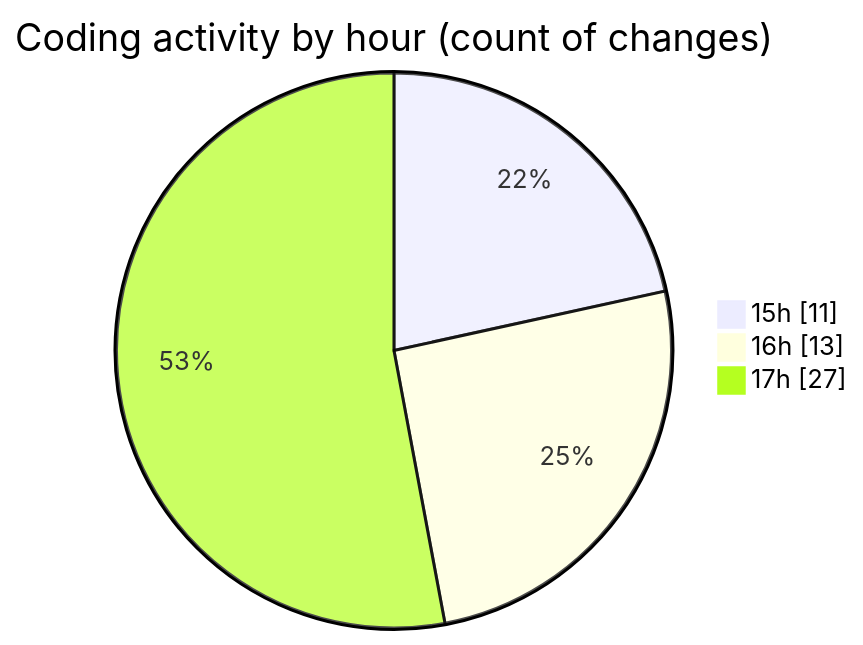
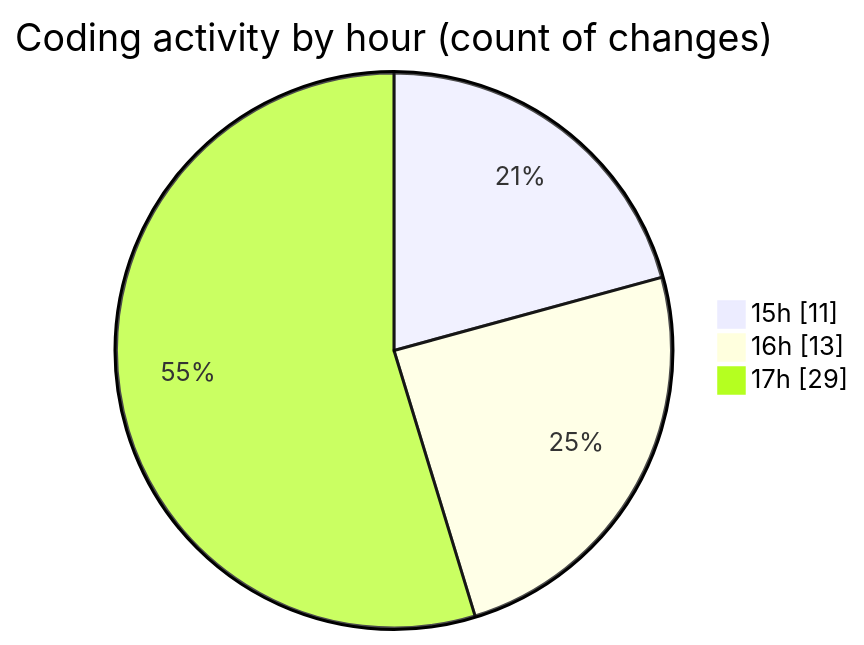
The second of 2 diagrams in 2025-03-08/mbc-web/README.md (robertbonfada/code-tracking), drawn with Mermaid before and after one commit. The commit also changed other lines of this file and 1 other file, not shown here.

````diff
--- a/2025-03-08/mbc-web/README.md
+++ b/2025-03-08/mbc-web/README.md
@@ -37,7 +37,7 @@
 ```mermaid
 pie showData
 title Coding activity by hour (count of changes)
 "15h" : 11
 "16h" : 13
-"17h" : 27
+"17h" : 29
 ```
````
